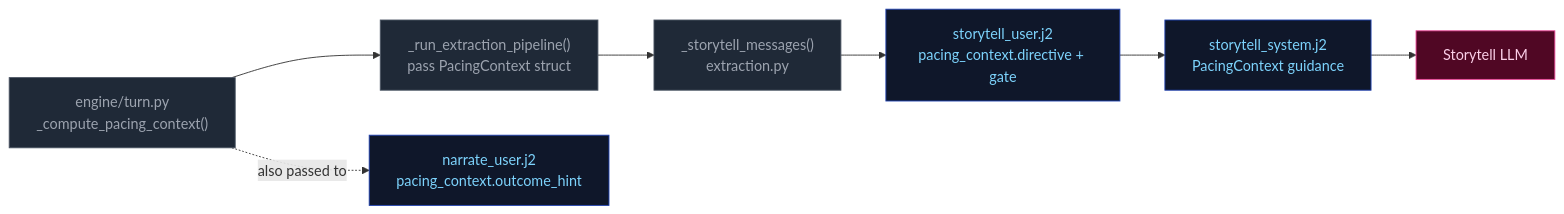
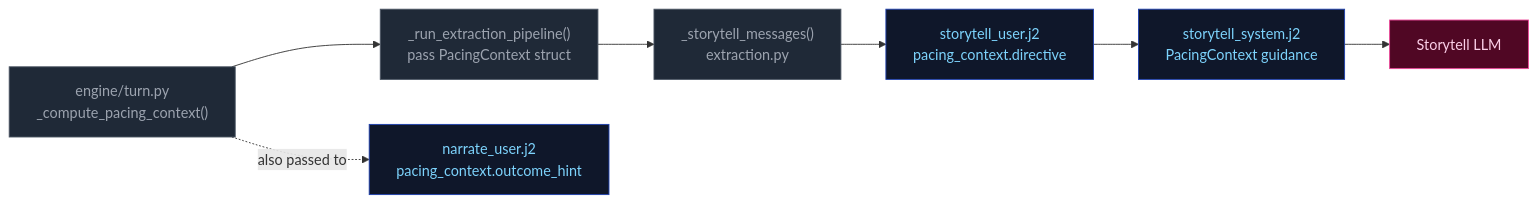
Before and after one commit to pww217/fablethread: the third of 3 diagrams in docs/architecture/step0-ruling.md, drawn with Mermaid. The commit also changed other lines of this file and 30 other files, not shown here.

````diff
--- a/docs/architecture/step0-ruling.md
+++ b/docs/architecture/step0-ruling.md
@@ -128,17 +115,17 @@
 ```mermaid
 flowchart LR
     classDef pyNode fill:#1f2937,color:#9ca3af,stroke:#4b5563
     classDef prompt fill:#0f172a,color:#7dd3fc,stroke:#1e40af
     classDef extractor fill:#500724,color:#fbcfe8,stroke:#ec4899
 
     TURN["engine/turn.py<br>_compute_pacing_context()"]:::pyNode
     PIPELINE["_run_extraction_pipeline()<br>pass PacingContext struct"]:::pyNode
     EXTRACT_FN["_storytell_messages()<br>extraction.py"]:::pyNode
-    USER_TMPL["storytell_user.j2<br>pacing_context.directive + gate"]:::prompt
+    USER_TMPL["storytell_user.j2<br>pacing_context.directive"]:::prompt
     SYS_TMPL["storytell_system.j2<br>PacingContext guidance"]:::prompt
     NARRATE_TMPL["narrate_user.j2<br>pacing_context.outcome_hint"]:::prompt
 
     TURN --> PIPELINE --> EXTRACT_FN --> USER_TMPL
     USER_TMPL --> SYS_TMPL --> EXTRACTOR["Storytell LLM"]:::extractor
     TURN -. "also passed to" .-> NARRATE_TMPL
 ```
````
